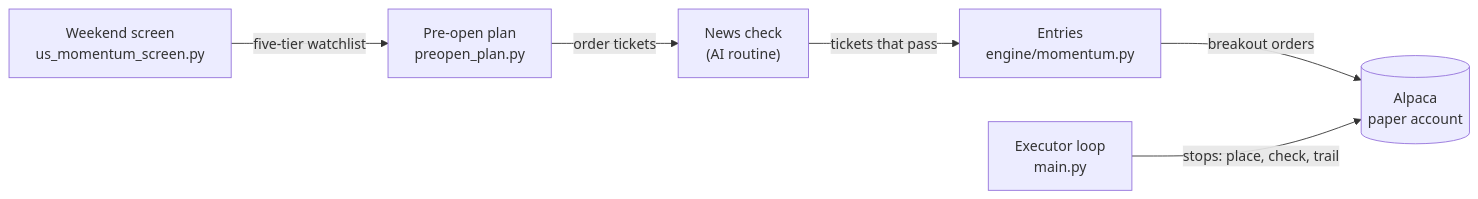
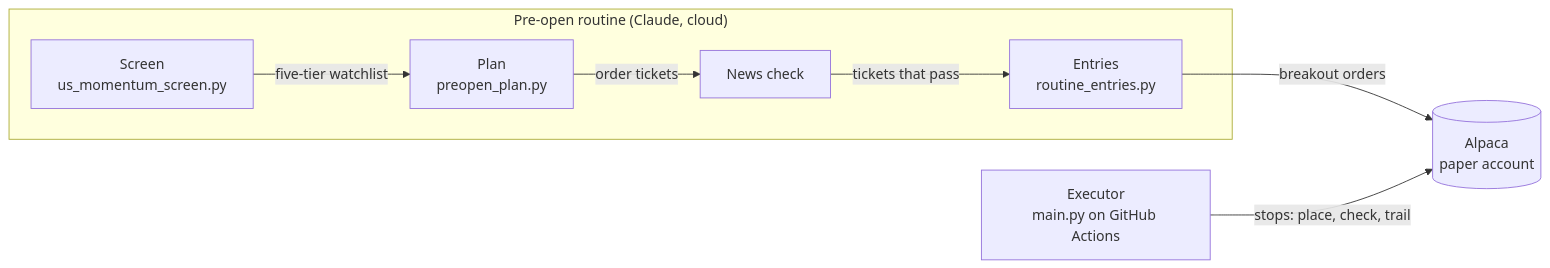
Before and after one commit to TanasitT/AITradingBot: the diagram in README.md, drawn with Mermaid. The commit also changed other lines of this file and 8 other files, not shown here.

````diff
--- a/README.md
+++ b/README.md
@@ -18,8 +20,10 @@
 ```mermaid
 flowchart LR
-    S["Weekend screen<br/>us_momentum_screen.py"] -->|five-tier watchlist| P["Pre-open plan<br/>preopen_plan.py"]
-    P -->|order tickets| N["News check<br/>(AI routine)"]
-    N -->|tickets that pass| E["Entries<br/>engine/momentum.py"]
+    subgraph R["Pre-open routine (Claude, cloud)"]
+        S["Screen<br/>us_momentum_screen.py"] -->|five-tier watchlist| P["Plan<br/>preopen_plan.py"]
+        P -->|order tickets| N["News check"]
+        N -->|tickets that pass| E["Entries<br/>routine_entries.py"]
+    end
     E -->|breakout orders| A[("Alpaca<br/>paper account")]
-    X["Executor loop<br/>main.py"] -->|"stops: place, check, trail"| A
+    X["Executor<br/>main.py on GitHub Actions"] -->|"stops: place, check, trail"| A
 ```
````
